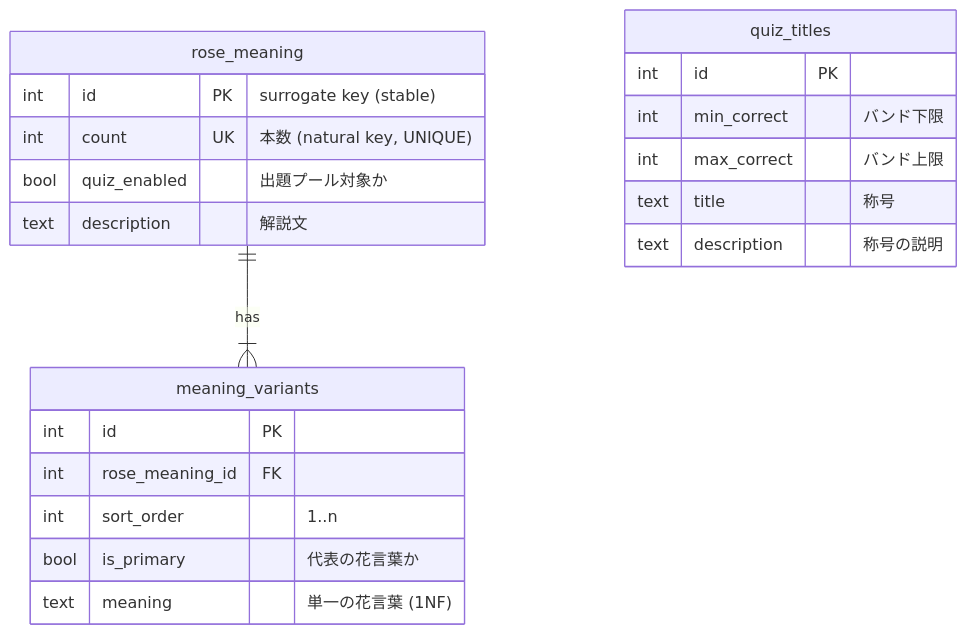
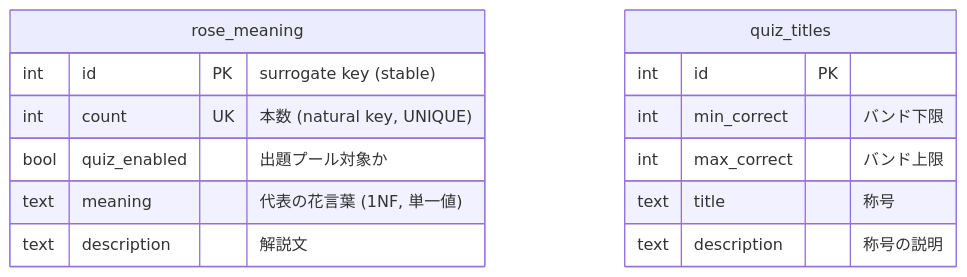
One commit to Ham4690/rose-quiz changed the diagram in docs/design.md. Above: the diagram before and after it, drawn with Mermaid. The commit also changed other lines of this file and 6 other files, not shown here.

First line of the commit message:
data,docs: sort_order/meaning_variants を廃止し単一テーブルに簡素化

````diff
--- a/docs/design.md
+++ b/docs/design.md
@@ -31,24 +31,17 @@
 ```mermaid
 erDiagram
-    rose_meaning ||--|{ meaning_variants : "has"
     rose_meaning {
         int  id PK "surrogate key (stable)"
         int  count UK "本数 (natural key, UNIQUE)"
         bool quiz_enabled "出題プール対象か"
+        text meaning "代表の花言葉 (1NF, 単一値)"
         text description "解説文"
-    }
-    meaning_variants {
-        int  id PK
-        int  rose_meaning_id FK
-        int  sort_order "1..n"
-        bool is_primary "代表の花言葉か"
-        text meaning "単一の花言葉 (1NF)"
     }
     quiz_titles {
         int  id PK
         int  min_correct "バンド下限"
         int  max_correct "バンド上限"
         text title "称号"
         text description "称号の説明"
     }
 ```
````
